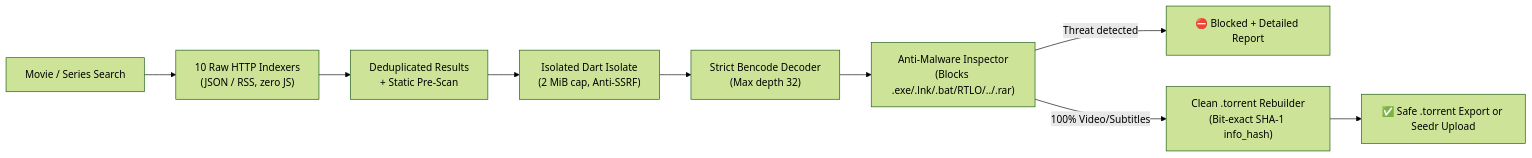
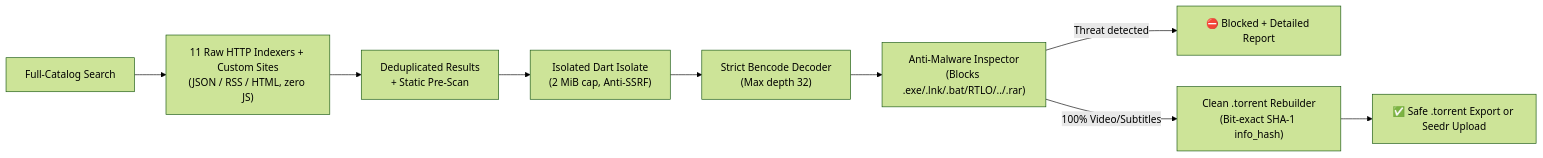
The diagram in README.md (furcy75/Torrent-Finder), drawn with Mermaid (forest theme) before and after one commit. The commit also changed other lines of this file and 17 other files, not shown here.

Commit message:
v2.1.0: full-catalog 11 sources + custom website HTML/CSS/2-step extractor

````diff
--- a/README.md
+++ b/README.md
@@ -81,11 +81,11 @@
 ```mermaid
 flowchart LR
-    U["Movie / Series Search"] --> I["10 Raw HTTP Indexers<br/>(JSON / RSS, zero JS)"]
+    U["Full-Catalog Search"] --> I["11 Raw HTTP Indexers + Custom Sites<br/>(JSON / RSS / HTML, zero JS)"]
     I --> R["Deduplicated Results<br/>+ Static Pre-Scan"]
     R --> W["Isolated Dart Isolate<br/>(2 MiB cap, Anti-SSRF)"]
     W --> B["Strict Bencode Decoder<br/>(Max depth 32)"]
     B --> S["Anti-Malware Inspector<br/>(Blocks .exe/.lnk/.bat/RTLO/../.rar)"]
     S -->|Threat detected| X["⛔ Blocked + Detailed Report"]
     S -->|100% Video/Subtitles| C["Clean .torrent Rebuilder<br/>(Bit-exact SHA-1 info_hash)"]
     C --> D["✅ Safe .torrent Export or Seedr Upload"]
 ```
````
